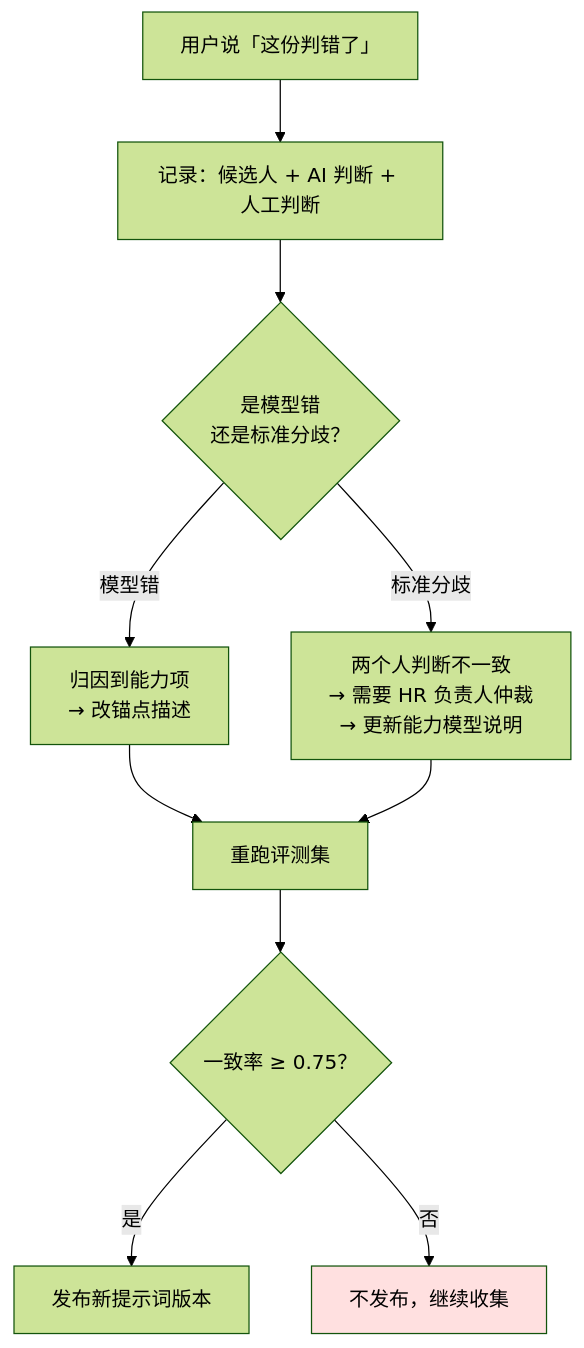
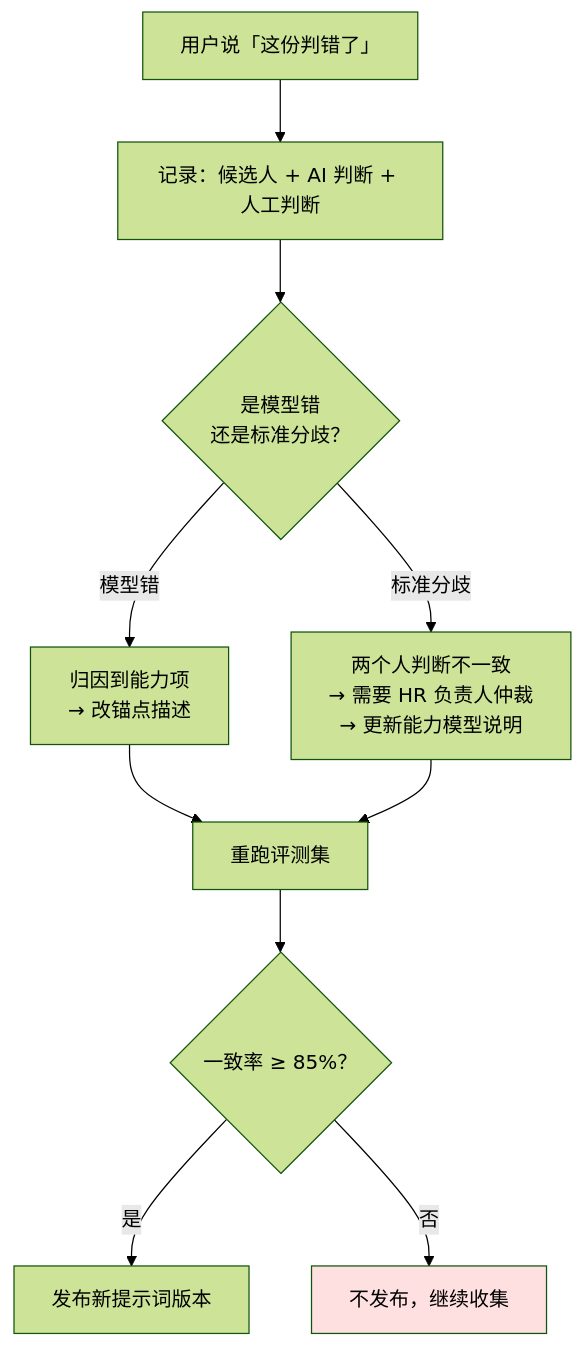
One commit to peanut987178110/ai-recruit-platform changed the second of 3 diagrams in docs/产品设计/08-上线计划与运营.md. Above: the diagram before and after it, drawn with Mermaid (forest theme). The commit also changed other lines of this file and 30 other files, not shown here.

````diff
--- a/docs/产品设计/08-上线计划与运营.md
+++ b/docs/产品设计/08-上线计划与运营.md
@@ -107,13 +108,13 @@
 ```mermaid
 flowchart TD
     A["用户说「这份判错了」"] --> B["记录：候选人 + AI 判断 + 人工判断"]
     B --> C{"是模型错<br/>还是标准分歧？"}
     C -- "模型错" --> D["归因到能力项<br/>→ 改锚点描述"]
     C -- "标准分歧" --> E["两个人判断不一致<br/>→ 需要 HR 负责人仲裁<br/>→ 更新能力模型说明"]
     D --> F["重跑评测集"]
     E --> F
-    F --> G{"一致率 ≥ 0.75？"}
+    F --> G{"一致率 ≥ 85%？"}
     G -- 是 --> H["发布新提示词版本"]
     G -- 否 --> I["不发布，继续收集"]
     style I fill:#ffe0e0
 ```
````
